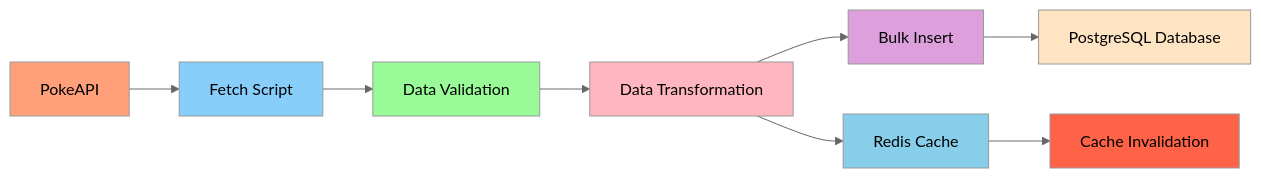
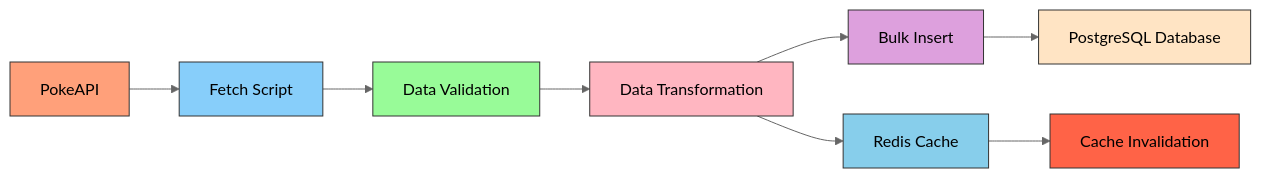
The eighth of 8 diagrams in SOLUTION_SUMMARY.md (aryan083/pokedex), drawn with Mermaid (neutral theme) before and after one commit. The commit also changed other lines of this file, not shown here.

Commit message:
Add SVG diagrams exported from mermaid charts in SOLUTION_SUMMARY.md

````diff
--- a/SOLUTION_SUMMARY.md
+++ b/SOLUTION_SUMMARY.md
@@ -344,19 +344,19 @@
 ```mermaid
 graph LR
     A[PokeAPI] --> B[Fetch Script]
     B --> C[Data Validation]
     C --> D[Data Transformation]
     D --> E[Bulk Insert]
     E --> F[PostgreSQL Database]
     D --> G[Redis Cache]
     G --> H[Cache Invalidation]
     
-    style A fill:#FFA07A
-    style B fill:#87CEFA
-    style C fill:#98FB98
-    style D fill:#FFB6C1
-    style E fill:#DDA0DD
-    style F fill:#FFE4C4
-    style G fill:#87CEEB
-    style H fill:#FF6347
+    style A fill:#FFA07A,stroke:#333,color:#000
+    style B fill:#87CEFA,stroke:#333,color:#000
+    style C fill:#98FB98,stroke:#333,color:#000
+    style D fill:#FFB6C1,stroke:#333,color:#000
+    style E fill:#DDA0DD,stroke:#333,color:#000
+    style F fill:#FFE4C4,stroke:#333,color:#000
+    style G fill:#87CEEB,stroke:#333,color:#000
+    style H fill:#FF6347,stroke:#333,color:#000
 ```
````
